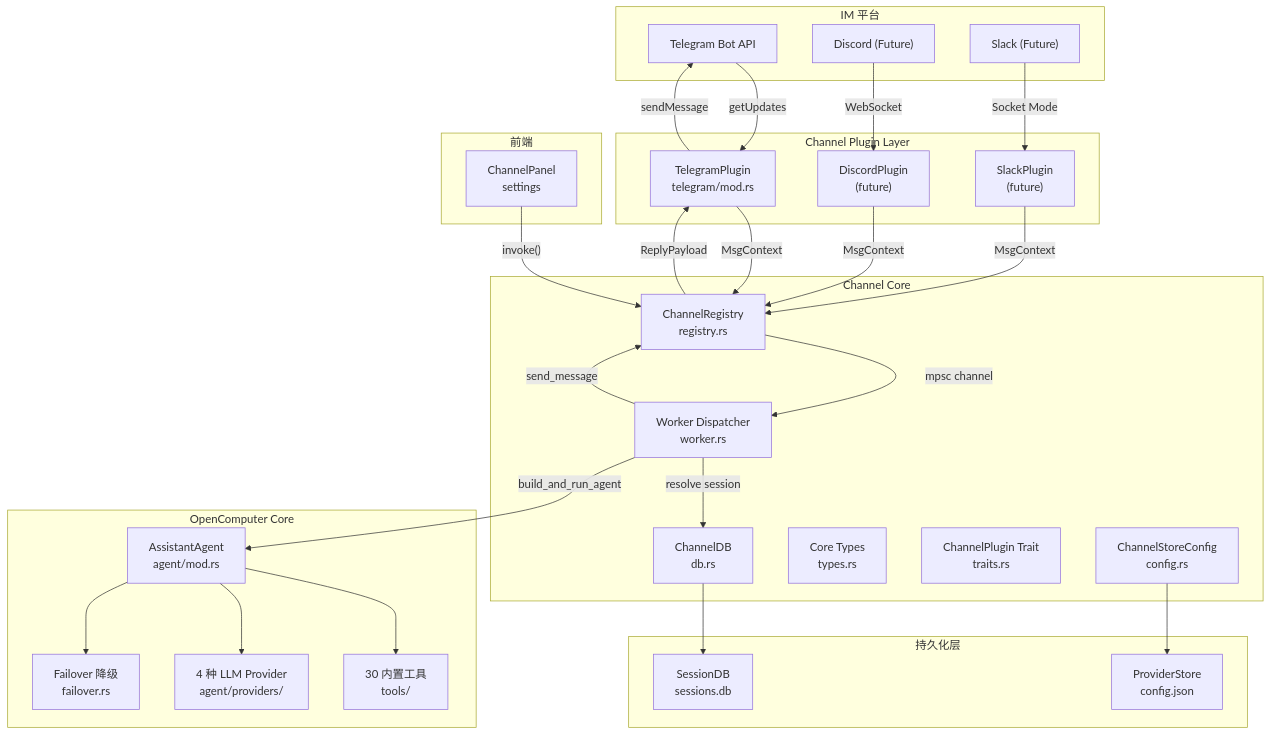
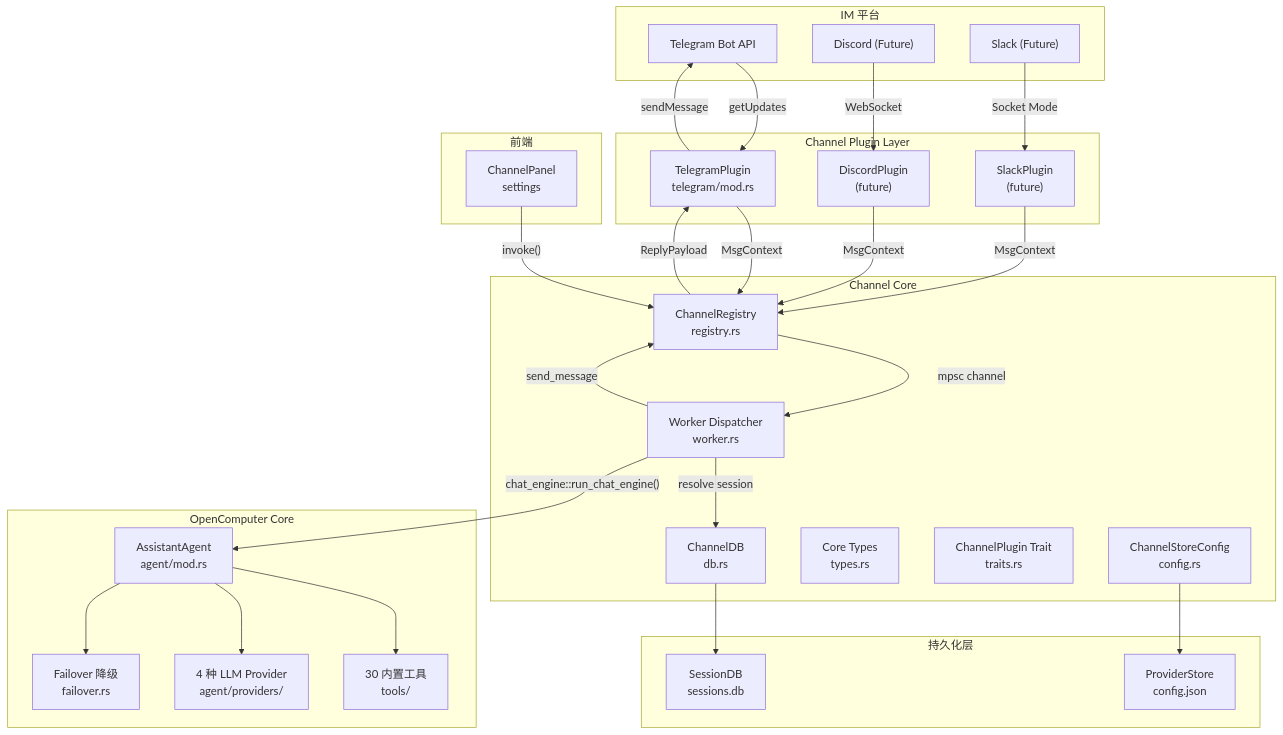
Before and after one commit to shiwenwen/hope-agent: the first of 3 diagrams in docs/im-channel-architecture.md, drawn with Mermaid. The commit also changed other lines of this file and 7 other files, not shown here.

First line of the commit message:
refactor: 提取共享 ChatEngine，Channel 聊天与 UI 聊天共用同一套 Agent 执行引擎

````diff
--- a/docs/im-channel-architecture.md
+++ b/docs/im-channel-architecture.md
@@ -86,62 +86,62 @@
 ```mermaid
 graph TB
     subgraph "IM 平台"
         TG["Telegram Bot API"]
         DC["Discord (Future)"]
         SL["Slack (Future)"]
     end
 
     subgraph "Channel Plugin Layer"
         TG_PLUGIN["TelegramPlugin<br/>telegram/mod.rs"]
         DC_PLUGIN["DiscordPlugin<br/>(future)"]
         SL_PLUGIN["SlackPlugin<br/>(future)"]
     end
 
     subgraph "Channel Core"
         REGISTRY["ChannelRegistry<br/>registry.rs"]
         WORKER["Worker Dispatcher<br/>worker.rs"]
         CHANNEL_DB["ChannelDB<br/>db.rs"]
         TYPES["Core Types<br/>types.rs"]
         TRAITS["ChannelPlugin Trait<br/>traits.rs"]
         CONFIG["ChannelStoreConfig<br/>config.rs"]
     end
 
     subgraph "OpenComputer Core"
         AGENT["AssistantAgent<br/>agent/mod.rs"]
         TOOLS["30 内置工具<br/>tools/"]
         PROVIDERS["4 种 LLM Provider<br/>agent/providers/"]
         FAILOVER["Failover 降级<br/>failover.rs"]
     end
 
     subgraph "持久化层"
         SESSION_DB["SessionDB<br/>sessions.db"]
         PROVIDER_STORE["ProviderStore<br/>config.json"]
     end
 
     subgraph "前端"
         PANEL["ChannelPanel<br/>settings"]
     end
 
     TG -->|getUpdates| TG_PLUGIN
     DC -->|WebSocket| DC_PLUGIN
     SL -->|Socket Mode| SL_PLUGIN
 
     TG_PLUGIN -->|MsgContext| REGISTRY
     DC_PLUGIN -->|MsgContext| REGISTRY
     SL_PLUGIN -->|MsgContext| REGISTRY
 
     REGISTRY -->|mpsc channel| WORKER
     WORKER -->|resolve session| CHANNEL_DB
-    WORKER -->|build_and_run_agent| AGENT
+    WORKER -->|"chat_engine::run_chat_engine()"| AGENT
     AGENT --> TOOLS
     AGENT --> PROVIDERS
     AGENT --> FAILOVER
 
     WORKER -->|send_message| REGISTRY
     REGISTRY -->|ReplyPayload| TG_PLUGIN
     TG_PLUGIN -->|sendMessage| TG
 
     CHANNEL_DB --> SESSION_DB
     CONFIG --> PROVIDER_STORE
     PANEL -->|"invoke()"| REGISTRY
 ```
````
